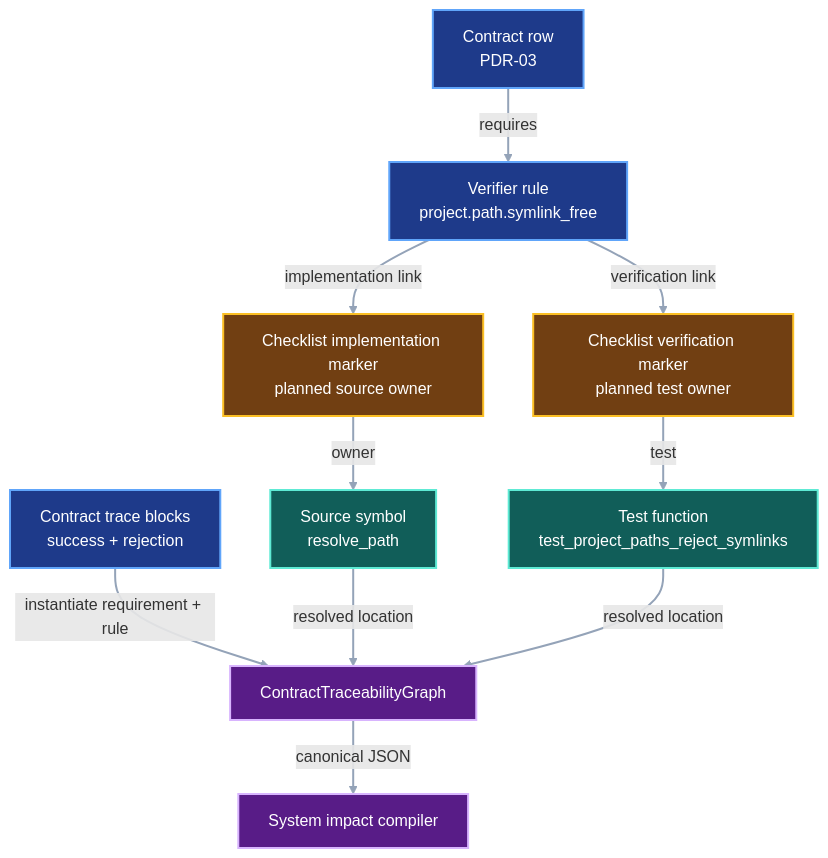
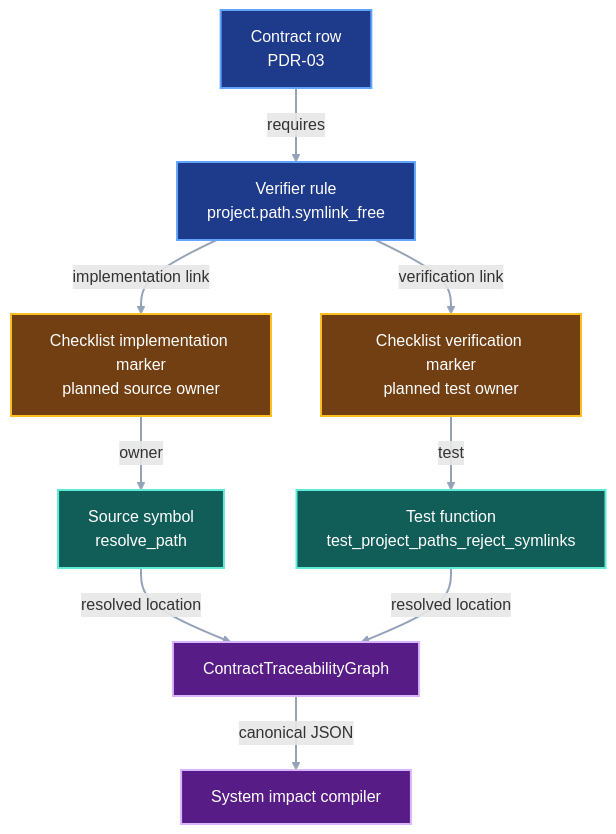
Before and after one commit to pvd232/viper: the third of 3 diagrams in docs/development/contract-traceability.md, drawn with Mermaid. The commit also changed other lines of this file and 4 other files, not shown here.

````diff
--- a/docs/development/contract-traceability.md
+++ b/docs/development/contract-traceability.md
@@ -184,32 +183,30 @@
 ```mermaid
 flowchart TD
     Contract["Contract row<br/>PDR-03"]
     Rule["Verifier rule<br/>project.path.symlink_free"]
     Task["Checklist implementation marker<br/>planned source owner"]
     Source["Source symbol<br/>resolve_path"]
     TestMarker["Checklist verification marker<br/>planned test owner"]
     Test["Test function<br/>test_project_paths_reject_symlinks"]
-    Cases["Contract trace blocks<br/>success + rejection"]
     Graph["ContractTraceabilityGraph"]
     System["System impact compiler"]
 
     Contract -->|"requires"| Rule
     Rule -->|"implementation link"| Task
     Task -->|"owner"| Source
     Rule -->|"verification link"| TestMarker
     TestMarker -->|"test"| Test
-    Cases -->|"instantiate requirement + rule"| Graph
     Source -->|"resolved location"| Graph
     Test -->|"resolved location"| Graph
     Graph -->|"canonical JSON"| System
 
-    class Contract,Rule,Cases contract
+    class Contract,Rule contract
     class Task,TestMarker checklist
     class Source,Test implementation
     class Graph,System output
     classDef contract fill:#1e3a8a,stroke:#60a5fa,color:#ffffff,stroke-width:2px
     classDef checklist fill:#713f12,stroke:#fbbf24,color:#ffffff,stroke-width:2px
     classDef implementation fill:#115e59,stroke:#5eead4,color:#ffffff,stroke-width:2px
     classDef output fill:#581c87,stroke:#d8b4fe,color:#ffffff,stroke-width:2px
     linkStyle default stroke:#94a3b8,stroke-width:2px
 ```
````
